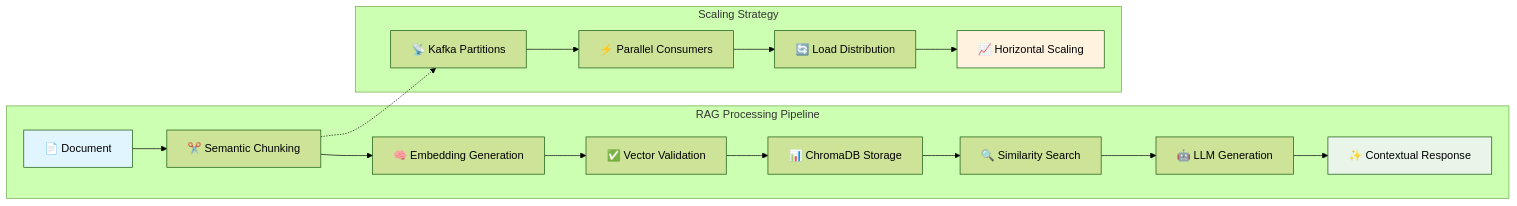
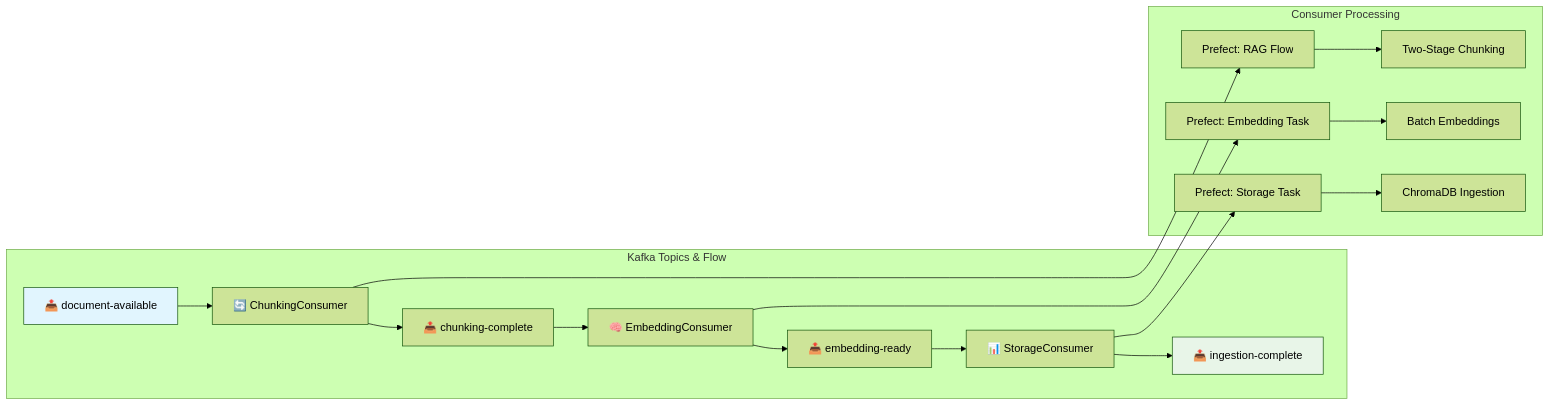
The fourth of 4 diagrams in README.md (h19overflow/scaled_processing), drawn with Mermaid (forest theme) before and after one commit. The commit also changed other lines of this file and 2 other files, not shown here.

Commit message:
updating diagrams and readme md

````diff
--- a/README.md
+++ b/README.md
@@ -453,24 +505,25 @@
 ```mermaid
-flowchart LR
-    subgraph "RAG Processing Pipeline"
-        A[📄 Document] --> B[✂️ Semantic Chunking]
-        B --> C[🧠 Embedding Generation]
-        C --> D[✅ Vector Validation]
-        D --> E[📊 ChromaDB Storage]
-        E --> F[🔍 Similarity Search]
-        F --> G[🤖 LLM Generation]
-        G --> H[✨ Contextual Response]
+graph LR
+    subgraph "Kafka Topics & Flow"
+        A[📤 document-available] --> B[🔄 ChunkingConsumer]
+        B --> C[📤 chunking-complete]
+        C --> D[🧠 EmbeddingConsumer]
+        D --> E[📤 embedding-ready]
+        E --> F[📊 StorageConsumer]
+        F --> G[📤 ingestion-complete]
     end
     
-    subgraph "Scaling Strategy"
-        I[📡 Kafka Partitions] --> J[⚡ Parallel Consumers]
-        J --> K[🔄 Load Distribution]
-        K --> L[📈 Horizontal Scaling]
+    subgraph "Consumer Processing"
+        B --> B1[Prefect: RAG Flow]
+        B1 --> B2[Two-Stage Chunking]
+        
+        D --> D1[Prefect: Embedding Task]
+        D1 --> D2[Batch Embeddings]
+        
+        F --> F1[Prefect: Storage Task]
+        F1 --> F2[ChromaDB Ingestion]
     end
     
-    B -.-> I
-    
     style A fill:#e1f5fe
-    style H fill:#e8f5e8
-    style L fill:#fff3e0
+    style G fill:#e8f5e8
 ```
````
